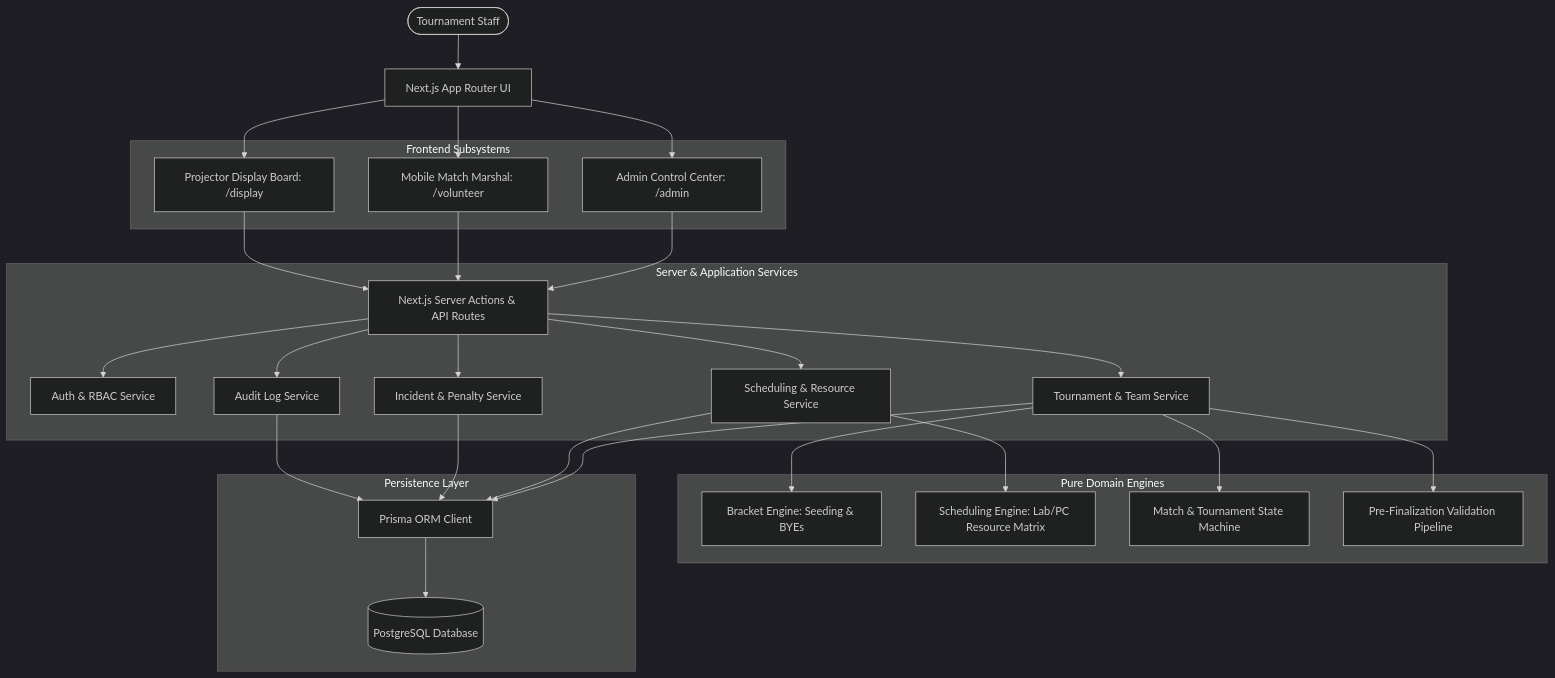
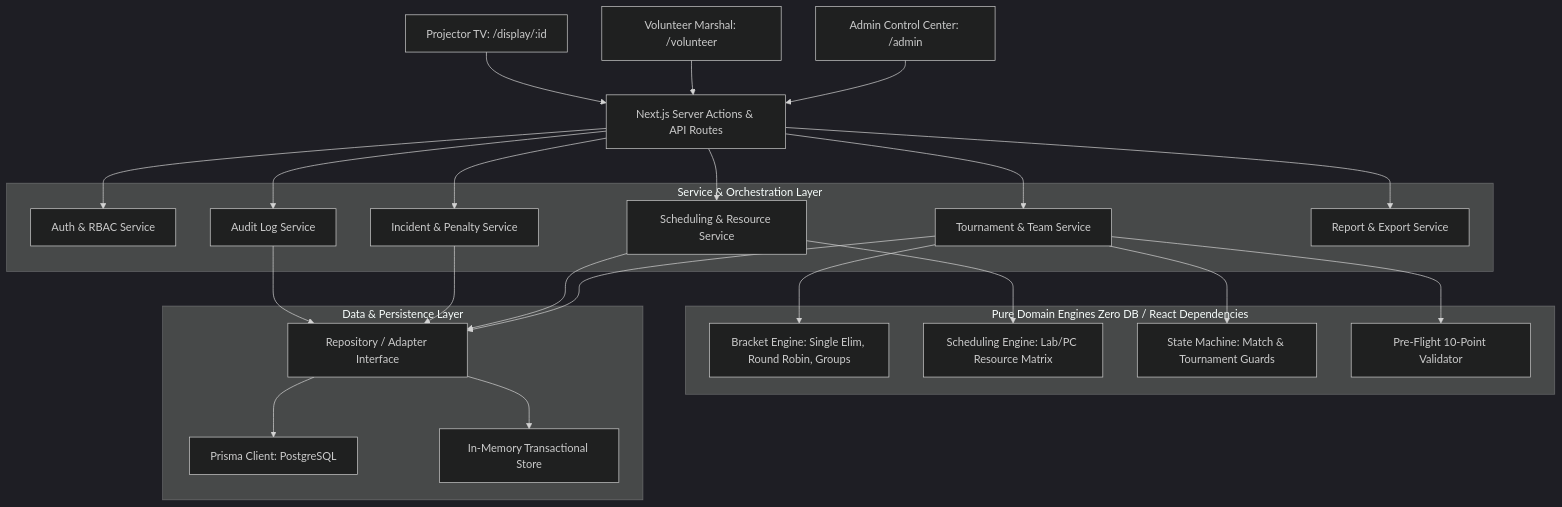
The diagram in docs/ARCHITECTURE.md (MasterZ1311/Valorant-Tourney-Ops), drawn with Mermaid (dark theme) before and after one commit. The commit also changed other lines of this file and 5 other files, not shown here.

Commit message:
docs: enrich architecture, roadmap workstreams, scheduling, and operations SOPs

````diff
--- a/docs/ARCHITECTURE.md
+++ b/docs/ARCHITECTURE.md
@@ -6,56 +6,47 @@
 ```mermaid
 graph TD
-    User([Tournament Staff]) --> UI[Next.js App Router UI]
-    
-    subgraph Frontend Subsystems
-        AdminUI[Admin Control Center: /admin]
-        VolunteerUI[Mobile Match Marshal: /volunteer]
-        DisplayUI[Projector Display Board: /display]
-    end
+    ClientAdmin[Admin Control Center: /admin] --> API[Next.js Server Actions & API Routes]
+    ClientMarshal[Volunteer Marshal: /volunteer] --> API
+    ClientDisplay[Projector TV: /display/:id] --> API
 
-    UI --> AdminUI
-    UI --> VolunteerUI
-    UI --> DisplayUI
-
-    subgraph Server & Application Services
-        ServerActions[Next.js Server Actions & API Routes]
+    subgraph Service & Orchestration Layer
         AuthService[Auth & RBAC Service]
         AuditService[Audit Log Service]
         TournamentService[Tournament & Team Service]
         SchedulingService[Scheduling & Resource Service]
         IncidentService[Incident & Penalty Service]
+        ExportService[Report & Export Service]
     end
 
-    AdminUI --> ServerActions
-    VolunteerUI --> ServerActions
-    DisplayUI --> ServerActions
+    API --> AuthService
+    API --> AuditService
+    API --> TournamentService
+    API --> SchedulingService
+    API --> IncidentService
+    API --> ExportService
 
-    ServerActions --> AuthService
-    ServerActions --> AuditService
-    ServerActions --> TournamentService
-    ServerActions --> SchedulingService
-    ServerActions --> IncidentService
-
-    subgraph Pure Domain Engines
-        BracketEngine[Bracket Engine: Seeding & BYEs]
+    subgraph Pure Domain Engines Zero DB / React Dependencies
+        BracketEngine[Bracket Engine: Single Elim, Round Robin, Groups]
         SchedulingEngine[Scheduling Engine: Lab/PC Resource Matrix]
-        StateEngine[Match & Tournament State Machine]
-        ValidatorEngine[Pre-Finalization Validation Pipeline]
+        StateEngine[State Machine: Match & Tournament Guards]
+        ValidatorEngine[Pre-Flight 10-Point Validator]
     end
 
     TournamentService --> BracketEngine
     TournamentService --> StateEngine
     TournamentService --> ValidatorEngine
     SchedulingService --> SchedulingEngine
 
-    subgraph Persistence Layer
-        PrismaORM[Prisma ORM Client]
-        PostgreSQL[(PostgreSQL Database)]
+    subgraph Data & Persistence Layer
+        RepoAdapter[Repository / Adapter Interface]
+        PrismaORM[Prisma Client: PostgreSQL]
+        MemoryStore[In-Memory Transactional Store]
     end
 
-    TournamentService --> PrismaORM
-    SchedulingService --> PrismaORM
-    IncidentService --> PrismaORM
-    AuditService --> PrismaORM
-    PrismaORM --> PostgreSQL
+    TournamentService --> RepoAdapter
+    SchedulingService --> RepoAdapter
+    IncidentService --> RepoAdapter
+    AuditService --> RepoAdapter
+    RepoAdapter --> PrismaORM
+    RepoAdapter --> MemoryStore
 ```
````
